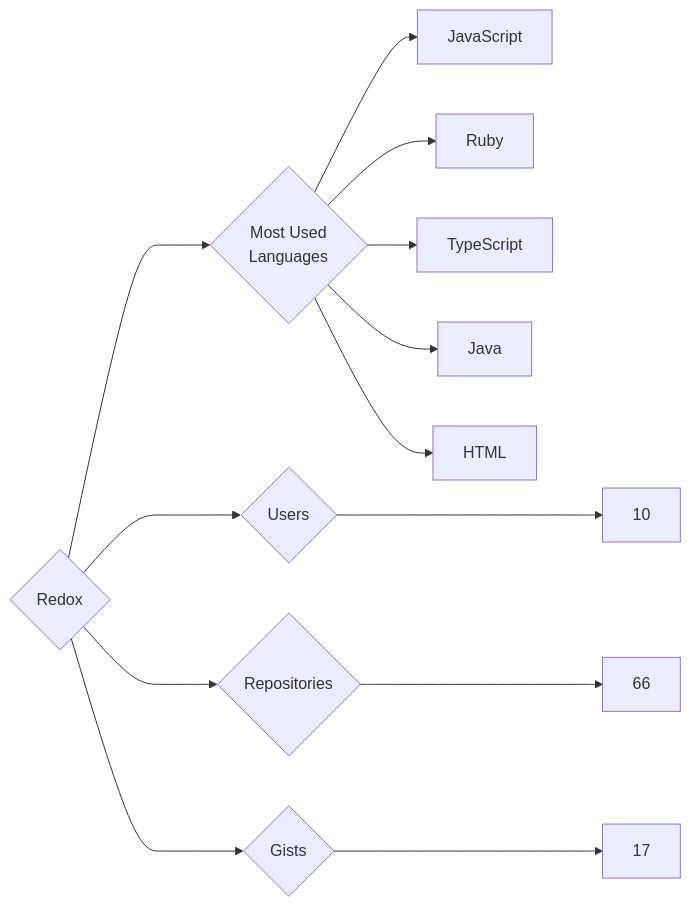
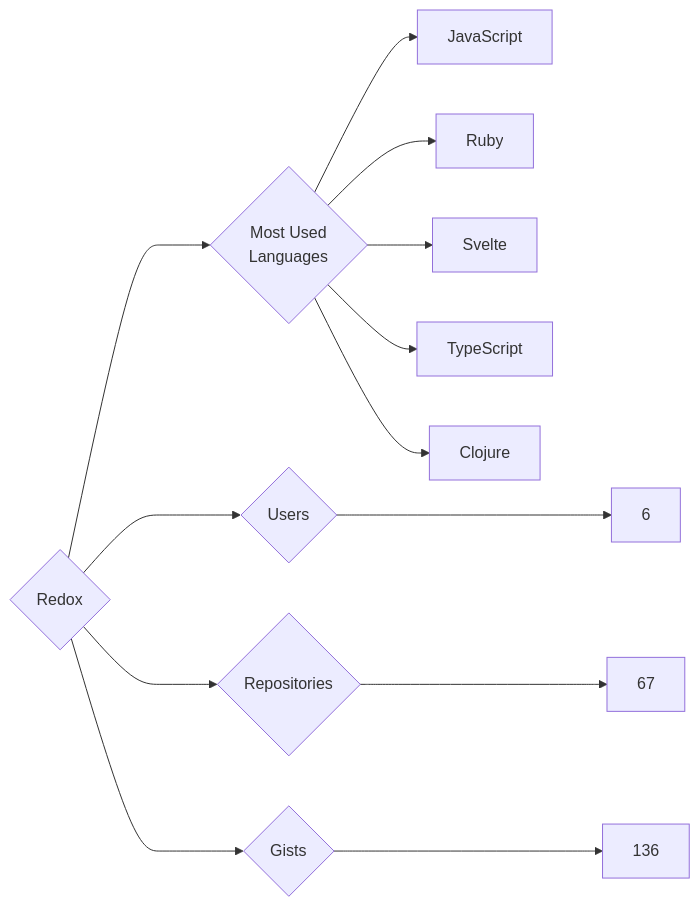
Before and after one commit to trickest/insiders: the diagram in targets/Redox/README.md, drawn with Mermaid. The commit also changed 851 other files, not shown here.

````diff
--- a/targets/Redox/README.md
+++ b/targets/Redox/README.md
@@ -3,13 +3,13 @@
 ```mermaid
 graph LR
 COMPANY_NAME{Redox}
-COMPANY_NAME ---> U{Users} ---> UN[10]
-COMPANY_NAME ---> R{Repositories} ---> RN[66]
-COMPANY_NAME ---> G{Gists} ---> GN[17]
+COMPANY_NAME ---> U{Users} ---> UN[6]
+COMPANY_NAME ---> R{Repositories} ---> RN[67]
+COMPANY_NAME ---> G{Gists} ---> GN[136]
 COMPANY_NAME ---> ML{Most Used<br>Languages}
 ML --> JavaScript[JavaScript]
 ML --> Ruby[Ruby]
+ML --> Svelte[Svelte]
 ML --> TypeScript[TypeScript]
-ML --> Java[Java]
-ML --> HTML[HTML]
+ML --> Clojure[Clojure]
 ```
````
